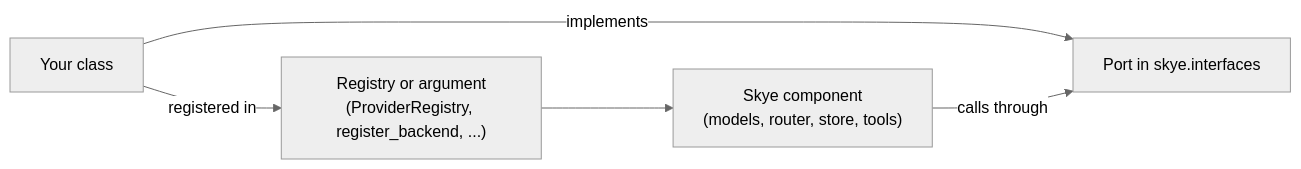
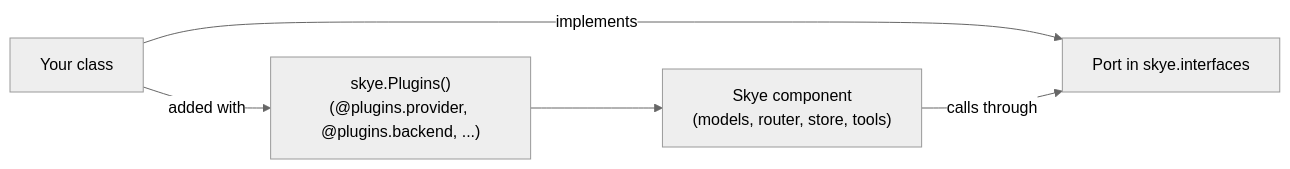
Before and after one commit to ggiallo28/skye: the diagram in docs/guides/extend/index.md, drawn with Mermaid (neutral theme). The commit also changed other lines of this file and 50 other files, not shown here.

````diff
--- a/docs/guides/extend/index.md
+++ b/docs/guides/extend/index.md
@@ -14,7 +29,7 @@
 ```mermaid
 flowchart LR
     you["Your class"] -- implements --> port["Port in skye.interfaces"]
-    you -- registered in --> reg["Registry or argument<br/>(ProviderRegistry, register_backend, ...)"]
+    you -- added with --> reg["skye.Plugins()<br/>(@plugins.provider, @plugins.backend, ...)"]
     reg --> comp["Skye component<br/>(models, router, store, tools)"]
     comp -- calls through --> port
 ```
````
